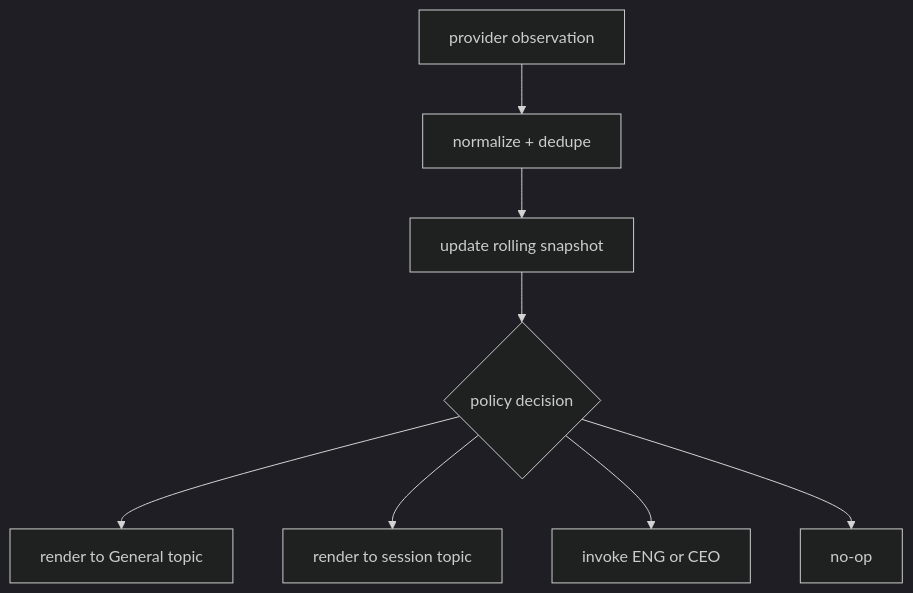
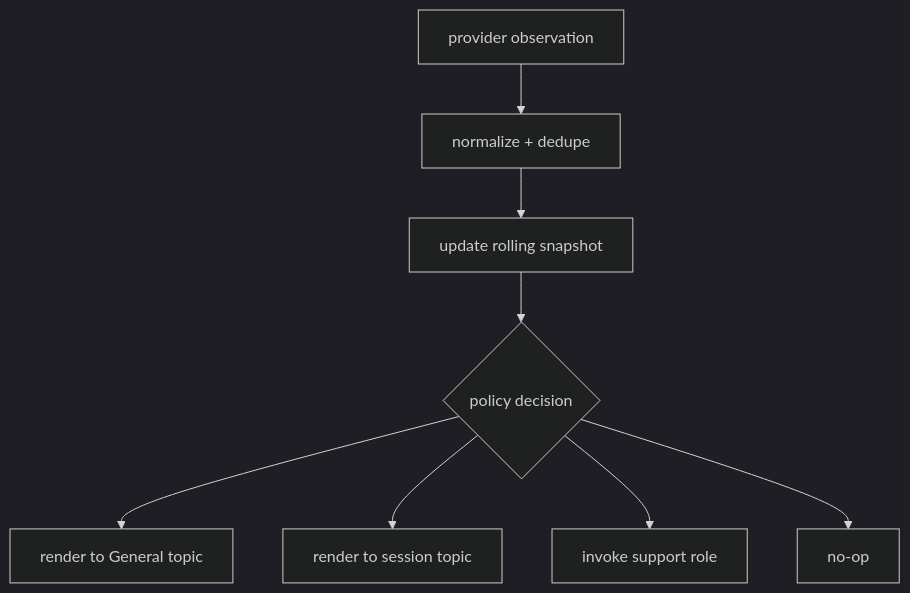
The fifth of 10 diagrams in docs/diagrams.md (canhta/vibegram), drawn with Mermaid (dark theme) before and after one commit. The commit also changed other lines of this file and 20 other files, not shown here.

````diff
--- a/docs/diagrams.md
+++ b/docs/diagrams.md
@@ -111,18 +111,18 @@
 ```mermaid
 flowchart TD
     RAW["provider observation"]
     NORMALIZE["normalize + dedupe"]
     SNAP["update rolling snapshot"]
     ROUTE{"policy decision"}
 
     GENERAL["render to General topic"]
     SESSION["render to session topic"]
-    ROLE["invoke ENG or CEO"]
+    ROLE["invoke support role"]
     NOOP["no-op"]
 
     RAW --> NORMALIZE --> SNAP --> ROUTE
     ROUTE --> GENERAL
     ROUTE --> SESSION
     ROUTE --> ROLE
     ROUTE --> NOOP
 ```
````
